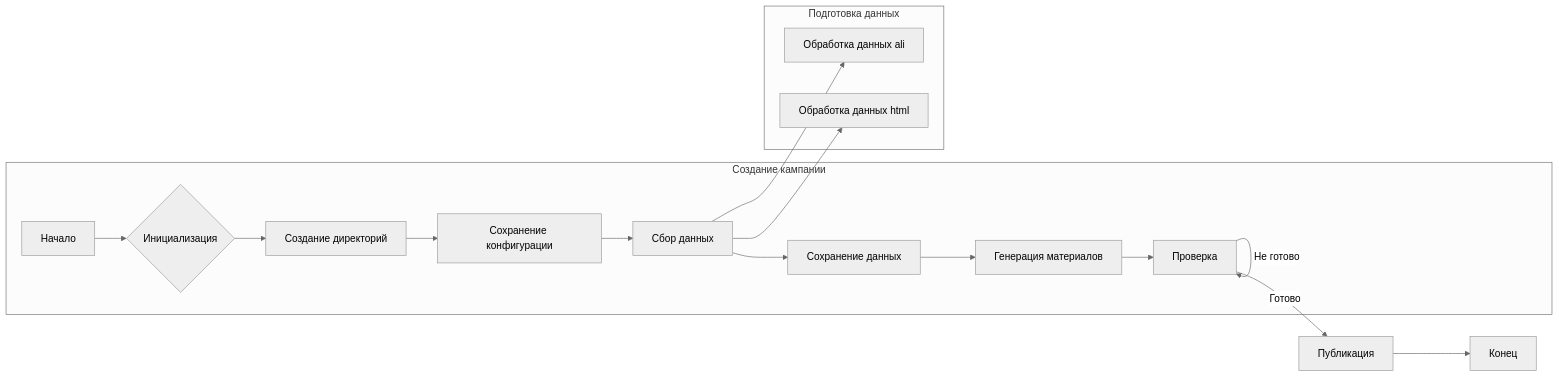
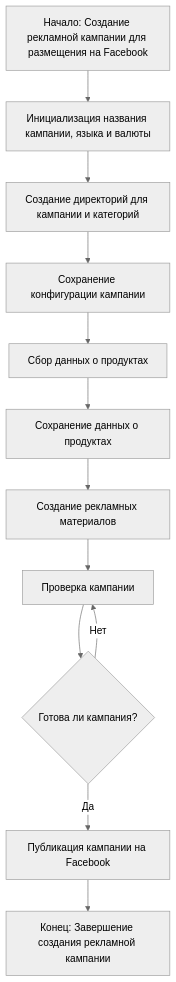
The first of 2 diagrams in docs/gemini/ru/explainer/src/suppliers/aliexpress/campaign/README.RU.md (hypo69/hypo), drawn with Mermaid (neutral theme) before and after one commit. The commit also changed other lines of this file and 468 other files, not shown here.

````diff
--- a/docs/gemini/ru/explainer/src/suppliers/aliexpress/campaign/README.RU.md
+++ b/docs/gemini/ru/explainer/src/suppliers/aliexpress/campaign/README.RU.md
@@ -65,19 +17,14 @@
 ```mermaid
-graph LR
-    subgraph Создание кампании
-        A[Начало] --> B{Инициализация};
-        B --> C[Создание директорий];
-        C --> D[Сохранение конфигурации];
-        D --> E[Сбор данных];
-        E --> F[Сохранение данных];
-        F --> G[Генерация материалов];
-        G --> H[Проверка];
-    end
-    H -- Готово --> I[Публикация];
-    H -- Не готово --> H;
-    I --> J[Конец];
-    subgraph Подготовка данных
-        E --> K[Обработка данных ali];
-        E --> L[Обработка данных html];
-    end
+flowchart TD
+    A[Начало: Создание рекламной кампании для размещения на Facebook] --> B[Инициализация названия кампании, языка и валюты]
+    B --> C[Создание директорий для кампании и категорий]
+    C --> D[Сохранение конфигурации кампании]
+    D --> E[Сбор данных о продуктах]
+    E --> F[Сохранение данных о продуктах]
+    F --> G[Создание рекламных материалов]
+    G --> H[Проверка кампании]
+    H --> I{Готова ли кампания?}
+    I -- Да --> J[Публикация кампании на Facebook]
+    I -- Нет --> H
+    J --> K[Конец: Завершение создания рекламной кампании]
 ```
````
